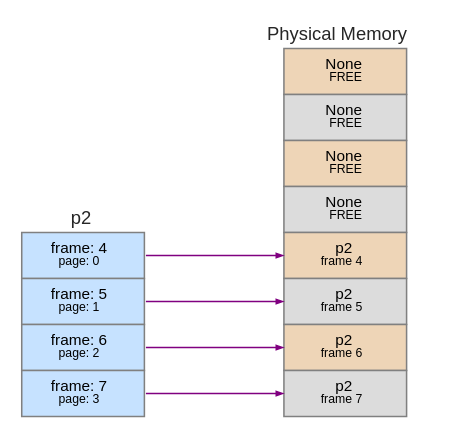
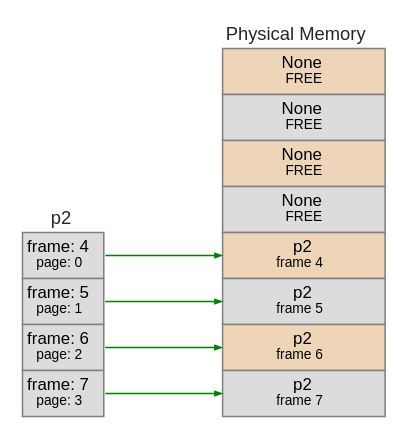
The diagram in memsim/src/graphs/paged0.json.gv (pitosalas/public-131-samples), drawn with Graphviz before and after one commit. The commit also changed 47 other files, not shown here.

```diff
--- a/memsim/src/graphs/paged0.json.gv
+++ b/memsim/src/graphs/paged0.json.gv
@@ -1,17 +1,17 @@
-digraph "memsim/graphs/paged0.json" {
+digraph "graphs/paged0.json" {
 	graph [fontname=Helvetica rankdir=LR ranksep=1.0]
-	node [fontname=Helvetica fontsize=8 margin="0.04 0.04" shape=none width=0.4]
+	node [fontname=Helvetica fontsize=8 margin="0.04 0.04" shape=none width=0.8]
 	edge [arrowsize=0.4]
-	p2:0 -> physmem:4 [color=purple]
-	p2:1 -> physmem:5 [color=purple]
-	p2:2 -> physmem:6 [color=purple]
-	p2:3 -> physmem:7 [color=purple]
+	p2:0 -> physmem:4 [color=green headclip=true tailclip=true]
+	p2:1 -> physmem:5 [color=green headclip=true tailclip=true]
+	p2:2 -> physmem:6 [color=green headclip=true tailclip=true]
+	p2:3 -> physmem:7 [color=green headclip=true tailclip=true]
 	subgraph left {
-		physmem [label=<<table border="0.1" cellborder="1" cellspacing="0"><TR><TD border="0.0" ><font face="helvetica" color="grey15" point-size="12">Physical Memory</font></TD></TR><tr><td align="text" color="grey" bgcolor="bisque2" height="30" fixedsize="true" width="80" port="0"><font point-size="10">None</font><br></br><font point-size="8">FREE</font></td></tr><tr><td align="text" color="grey" bgcolor="gainsboro" height="30" fixedsize="true" width="80" port="1"><font point-size="10">None</font><br></br><font point-size="8">FREE</font></td></tr><tr><td align="text" color="grey" bgcolor="bisque2" height="30" fixedsize="true" width="80" port="2"><font point-size="10">None</font><br></br><font point-size="8">FREE</font></td></tr><tr><td align="text" color="grey" bgcolor="gainsboro" height="30" fixedsize="true" width="80" port="3"><font point-size="10">None</font><br></br><font point-size="8">FREE</font></td></tr><tr><td align="text" color="grey" bgcolor="bisque2" height="30" fixedsize="true" width="80" port="4"><font point-size="10">p2</font><br></br><font point-size="8">frame 4</font></td></tr><tr><td align="text" color="grey" bgcolor="gainsboro" height="30" fixedsize="true" width="80" port="5"><font point-size="10">p2</font><br></br><font point-size="8">frame 5</font></td></tr><tr><td align="text" color="grey" bgcolor="bisque2" height="30" fixedsize="true" width="80" port="6"><font point-size="10">p2</font><br></br><font point-size="8">frame 6</font></td></tr><tr><td align="text" color="grey" bgcolor="gainsboro" height="30" fixedsize="true" width="80" port="7"><font point-size="10">p2</font><br></br><font point-size="8">frame 7</font></td></tr></table>>]
+		physmem [label=<<table border="0.1" cellborder="1" cellspacing="0"><TR><TD border="0.0" ><font face="helvetica" color="grey15" point-size="12">Physical Memory</font></TD></TR><tr><td align="text" color="grey" bgcolor="bisque2" height="30" port="0"><font point-size="11">None</font><br></br><font point-size="9">FREE</font></td></tr><tr><td align="text" color="grey" bgcolor="gainsboro" height="30" port="1"><font point-size="11">None</font><br></br><font point-size="9">FREE</font></td></tr><tr><td align="text" color="grey" bgcolor="bisque2" height="30" port="2"><font point-size="11">None</font><br></br><font point-size="9">FREE</font></td></tr><tr><td align="text" color="grey" bgcolor="gainsboro" height="30" port="3"><font point-size="11">None</font><br></br><font point-size="9">FREE</font></td></tr><tr><td align="text" color="grey" bgcolor="bisque2" height="30" port="4"><font point-size="11">p2</font><br></br><font point-size="9">frame 4</font></td></tr><tr><td align="text" color="grey" bgcolor="gainsboro" height="30" port="5"><font point-size="11">p2</font><br></br><font point-size="9">frame 5</font></td></tr><tr><td align="text" color="grey" bgcolor="bisque2" height="30" port="6"><font point-size="11">p2</font><br></br><font point-size="9">frame 6</font></td></tr><tr><td align="text" color="grey" bgcolor="gainsboro" height="30" port="7"><font point-size="11">p2</font><br></br><font point-size="9">frame 7</font></td></tr></table>>]
 		rank=sink
 	}
 	subgraph right {
-		p2 [label=<<table border="0.1" cellborder="1" cellspacing="0"><TR><TD border="0.0" ><font face="helvetica" color="grey15" point-size="12">p2</font></TD></TR><tr><td align="text" color="grey" bgcolor="slategray1" height="30" fixedsize="true" width="80" port="0"><font point-size="10">frame: 4</font><br></br><font point-size="8">page: 0</font></td></tr><tr><td align="text" color="grey" bgcolor="slategray1" height="30" fixedsize="true" width="80" port="1"><font point-size="10">frame: 5</font><br></br><font point-size="8">page: 1</font></td></tr><tr><td align="text" color="grey" bgcolor="slategray1" height="30" fixedsize="true" width="80" port="2"><font point-size="10">frame: 6</font><br></br><font point-size="8">page: 2</font></td></tr><tr><td align="text" color="grey" bgcolor="slategray1" height="30" fixedsize="true" width="80" port="3"><font point-size="10">frame: 7</font><br></br><font point-size="8">page: 3</font></td></tr></table>>]
+		p2 [label=<<table border="0.1" cellborder="1" cellspacing="0"><TR><TD border="0.0" ><font face="helvetica" color="grey15" point-size="12">p2</font></TD></TR><tr><td align="text" color="grey" bgcolor="gainsboro" height="30" port="0"><font point-size="11">frame: 4</font><br></br><font point-size="9">page: 0</font></td></tr><tr><td align="text" color="grey" bgcolor="gainsboro" height="30" port="1"><font point-size="11">frame: 5</font><br></br><font point-size="9">page: 1</font></td></tr><tr><td align="text" color="grey" bgcolor="gainsboro" height="30" port="2"><font point-size="11">frame: 6</font><br></br><font point-size="9">page: 2</font></td></tr><tr><td align="text" color="grey" bgcolor="gainsboro" height="30" port="3"><font point-size="11">frame: 7</font><br></br><font point-size="9">page: 3</font></td></tr></table>>]
 		rank=source
 	}
 }
```
